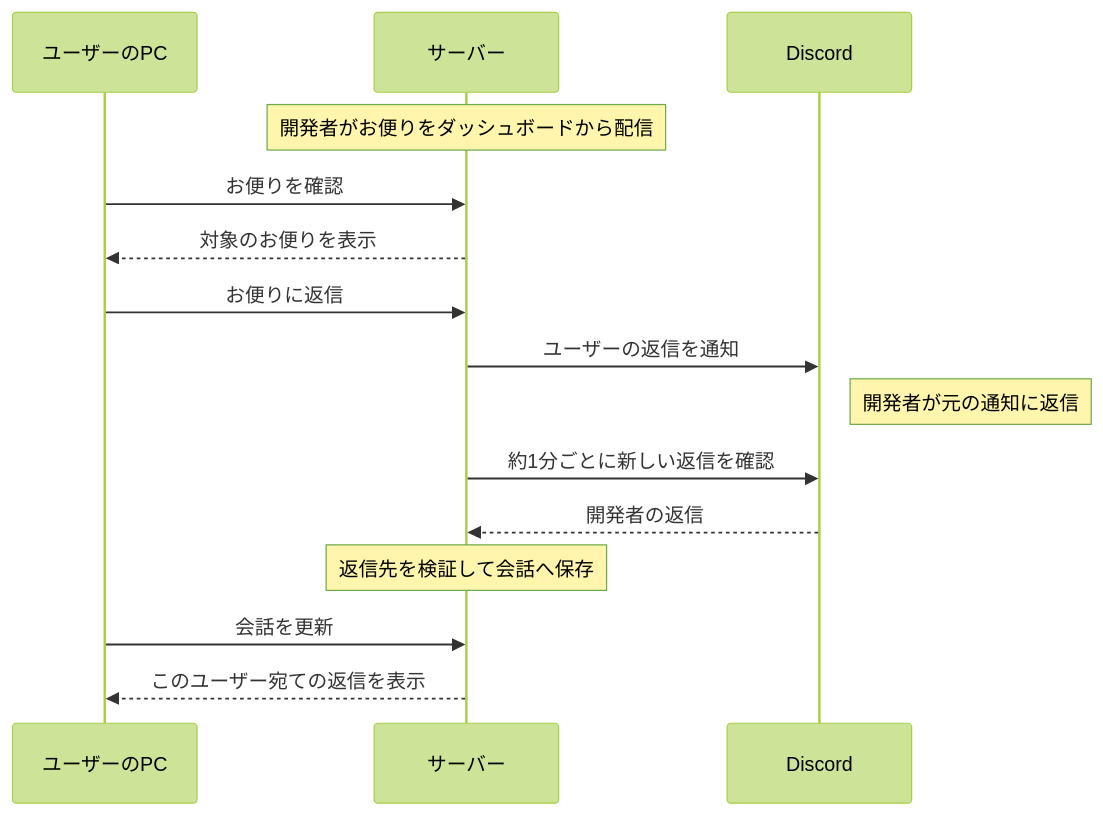
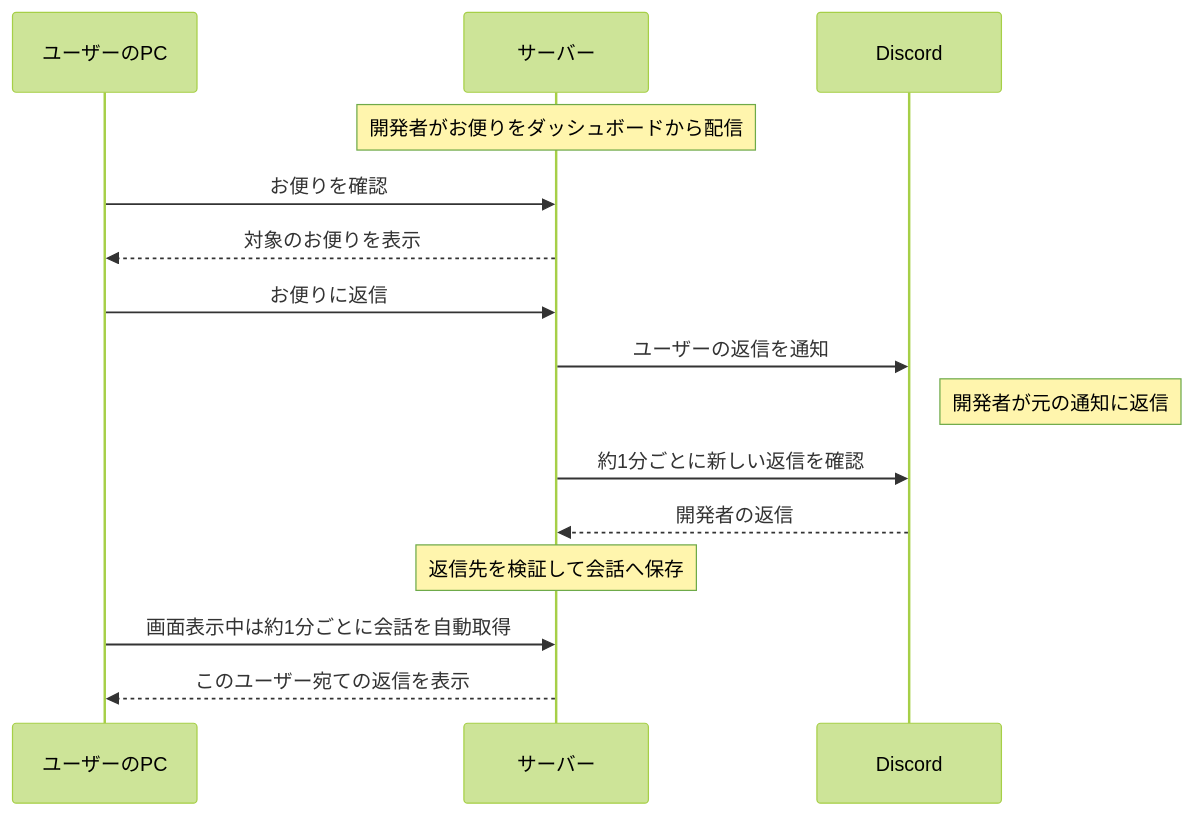
One commit to ore-no-fusen/ore-no-fusen changed the fourth of 4 diagrams in docs-v2/007_COMMUNICATION.md. Above: the diagram before and after it, drawn with Mermaid (forest theme). The commit also changed other lines of this file, not shown here.

Commit message:
docs: clarify automatic conversation refresh in sequences

````diff
--- a/docs-v2/007_COMMUNICATION.md
+++ b/docs-v2/007_COMMUNICATION.md
@@ -280,18 +280,18 @@
 ```mermaid
 sequenceDiagram
     participant PC as ユーザーのPC
     participant Server as サーバー
     participant Discord as Discord
 
     Note over Server: 開発者がお便りをダッシュボードから配信
     PC->>Server: お便りを確認
     Server-->>PC: 対象のお便りを表示
     PC->>Server: お便りに返信
     Server->>Discord: ユーザーの返信を通知
     Note right of Discord: 開発者が元の通知に返信
     Server->>Discord: 約1分ごとに新しい返信を確認
     Discord-->>Server: 開発者の返信
     Note over Server: 返信先を検証して会話へ保存
-    PC->>Server: 会話を更新
+    PC->>Server: 画面表示中は約1分ごとに会話を自動取得
     Server-->>PC: このユーザー宛ての返信を表示
 ```
````
